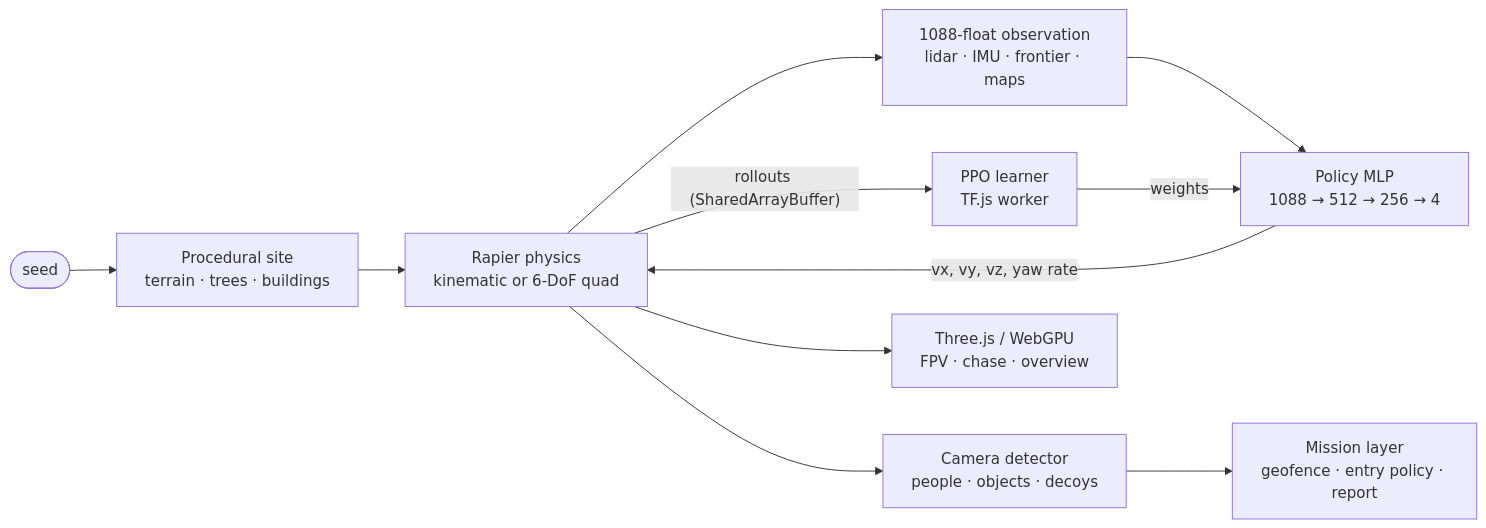
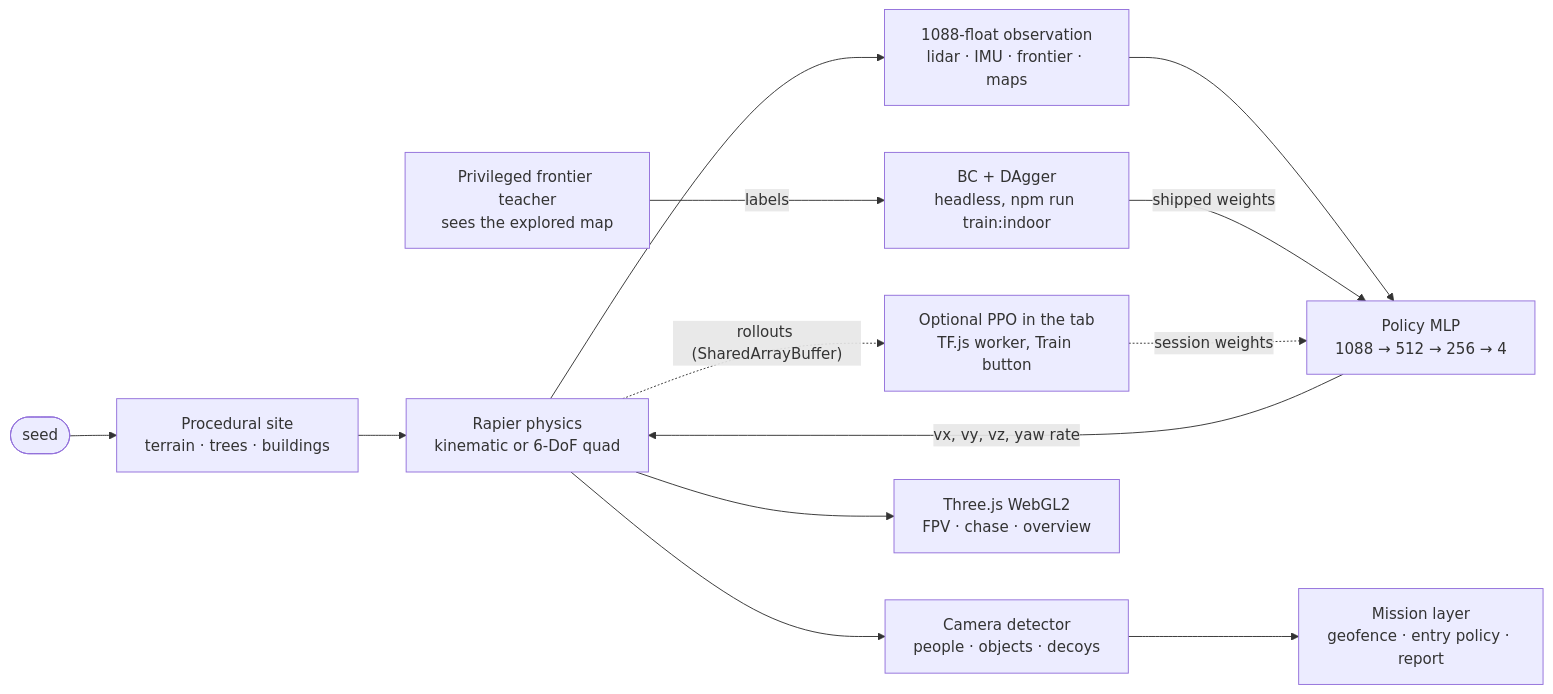
The diagram in README.md (alexnieves-cs/frontier-fly), drawn with Mermaid before and after one commit. The commit also changed other lines of this file and 56 other files, not shown here.

````diff
--- a/README.md
+++ b/README.md
@@ -92,13 +94,15 @@
 ```mermaid
 flowchart LR
   Seed(["seed"]) --> Gen["Procedural site<br/>terrain · trees · buildings"]
   Gen --> Sim["Rapier physics<br/>kinematic or 6-DoF quad"]
   Sim --> Obs["1088-float observation<br/>lidar · IMU · frontier · maps"]
   Obs --> Pol["Policy MLP<br/>1088 → 512 → 256 → 4"]
   Pol -- "vx, vy, vz, yaw rate" --> Sim
-  Sim -- "rollouts (SharedArrayBuffer)" --> PPO["PPO learner<br/>TF.js worker"]
-  PPO -- "weights" --> Pol
+  Teacher["Privileged frontier teacher<br/>sees the explored map"] -- "labels" --> IL["BC + DAgger<br/>headless, npm run train:indoor"]
+  IL -- "shipped weights" --> Pol
+  Sim -. "rollouts (SharedArrayBuffer)" .-> PPO["Optional PPO in the tab<br/>TF.js worker, Train button"]
+  PPO -. "session weights" .-> Pol
   Sim --> Det["Camera detector<br/>people · objects · decoys"]
   Det --> Mission["Mission layer<br/>geofence · entry policy · report"]
-  Sim --> View["Three.js / WebGPU<br/>FPV · chase · overview"]
+  Sim --> View["Three.js WebGL2<br/>FPV · chase · overview"]
 ```
````
